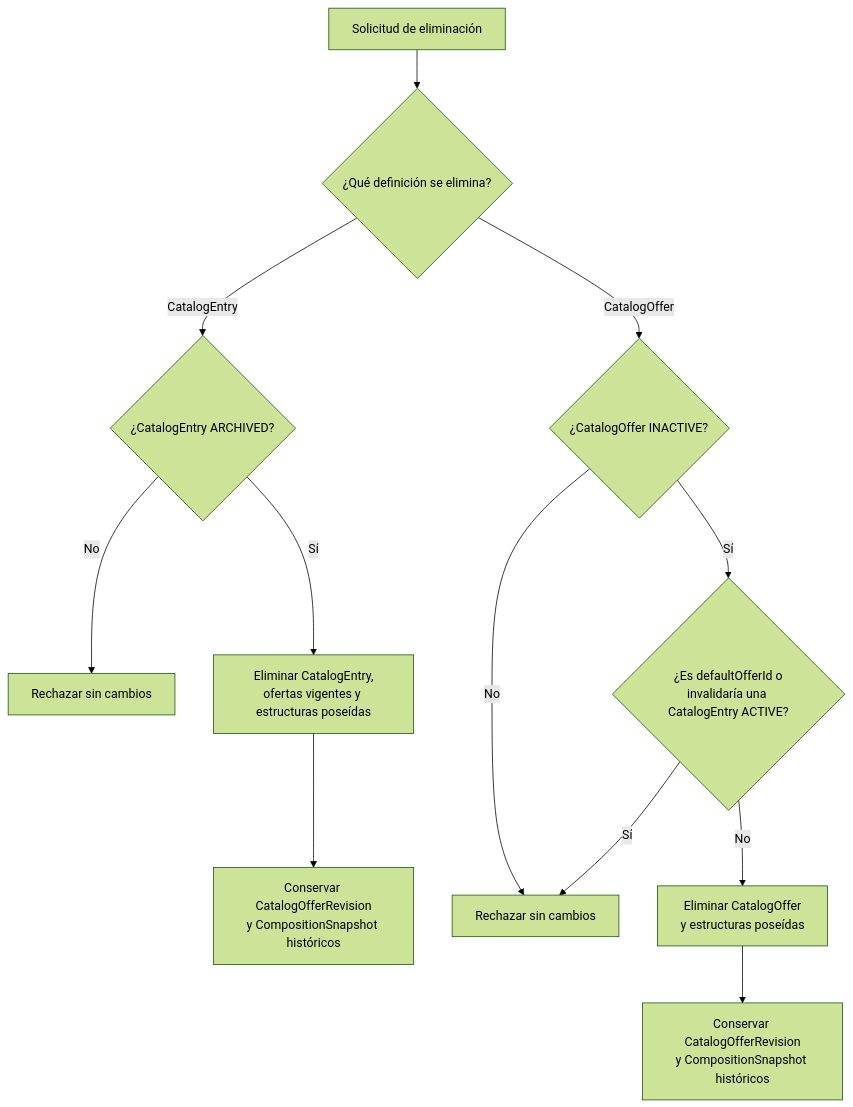
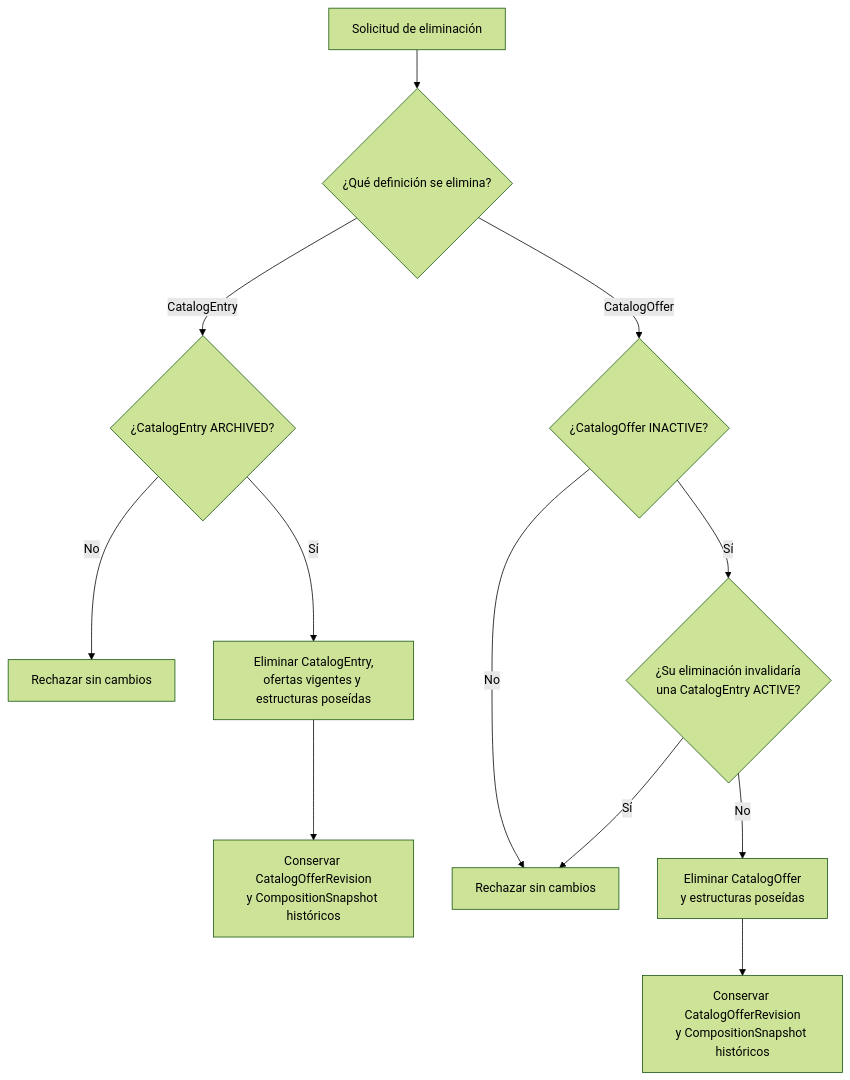
The third of 5 diagrams in docs/ers/architechture.md (FMAT-Restaurant/Menu-Documentation), drawn with Mermaid (forest theme) before and after one commit. The commit also changed other lines of this file and 14 other files, not shown here.

First line of the commit message:
Refine domain model documentation for CatalogEntry and CatalogOffer

````diff
--- a/docs/ers/architechture.md
+++ b/docs/ers/architechture.md
@@ -218,16 +237,16 @@
 ```mermaid
 flowchart TB
     Start["Solicitud de eliminación"] --> Kind{"¿Qué definición se elimina?"}
 
     Kind -->|CatalogEntry| EntryState{"¿CatalogEntry ARCHIVED?"}
     EntryState -->|No| RejectEntry["Rechazar sin cambios"]
     EntryState -->|Sí| DeleteEntry["Eliminar CatalogEntry,<br/>ofertas vigentes y estructuras poseídas"]
     DeleteEntry --> EntryHistory["Conservar CatalogOfferRevision<br/>y CompositionSnapshot históricos"]
 
     Kind -->|CatalogOffer| OfferState{"¿CatalogOffer INACTIVE?"}
     OfferState -->|No| RejectOffer["Rechazar sin cambios"]
-    OfferState -->|Sí| OfferConstraints{"¿Es defaultOfferId o<br/>invalidaría una CatalogEntry ACTIVE?"}
+    OfferState -->|Sí| OfferConstraints{"¿Su eliminación invalidaría<br/>una CatalogEntry ACTIVE?"}
     OfferConstraints -->|Sí| RejectOffer
     OfferConstraints -->|No| DeleteOffer["Eliminar CatalogOffer<br/>y estructuras poseídas"]
     DeleteOffer --> OfferHistory["Conservar CatalogOfferRevision<br/>y CompositionSnapshot históricos"]
 ```
````
